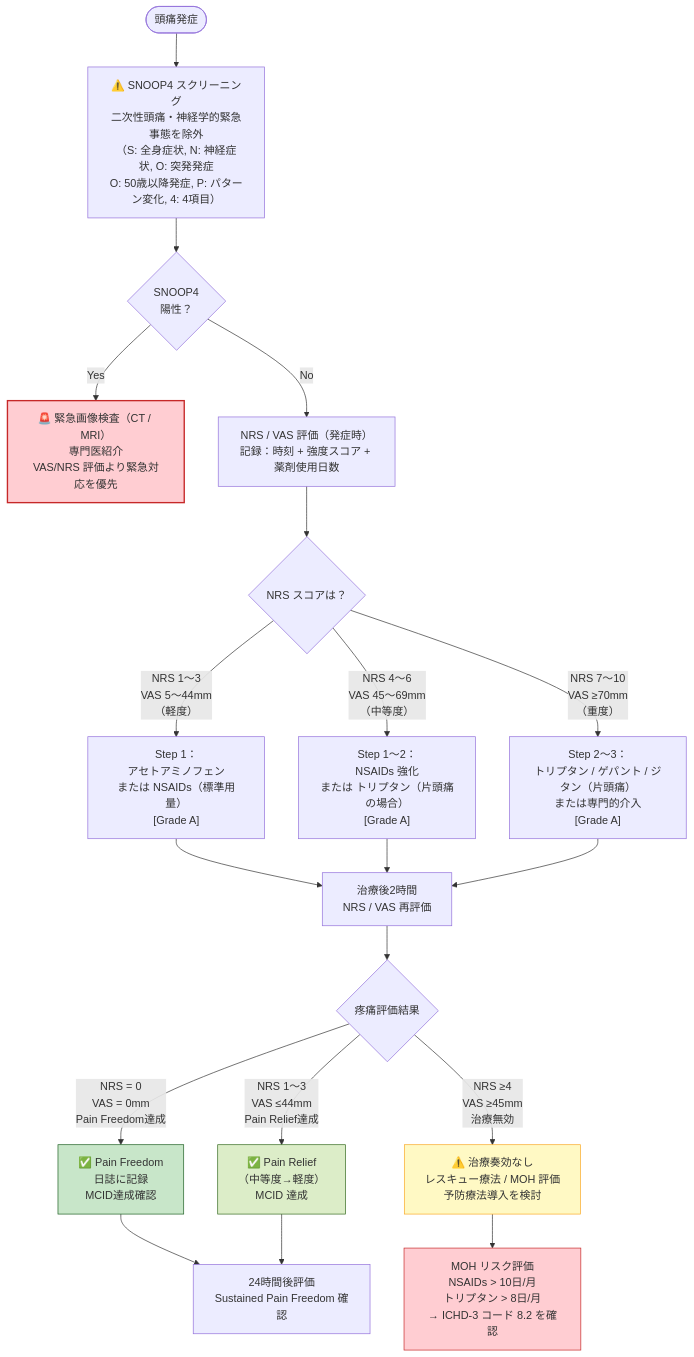
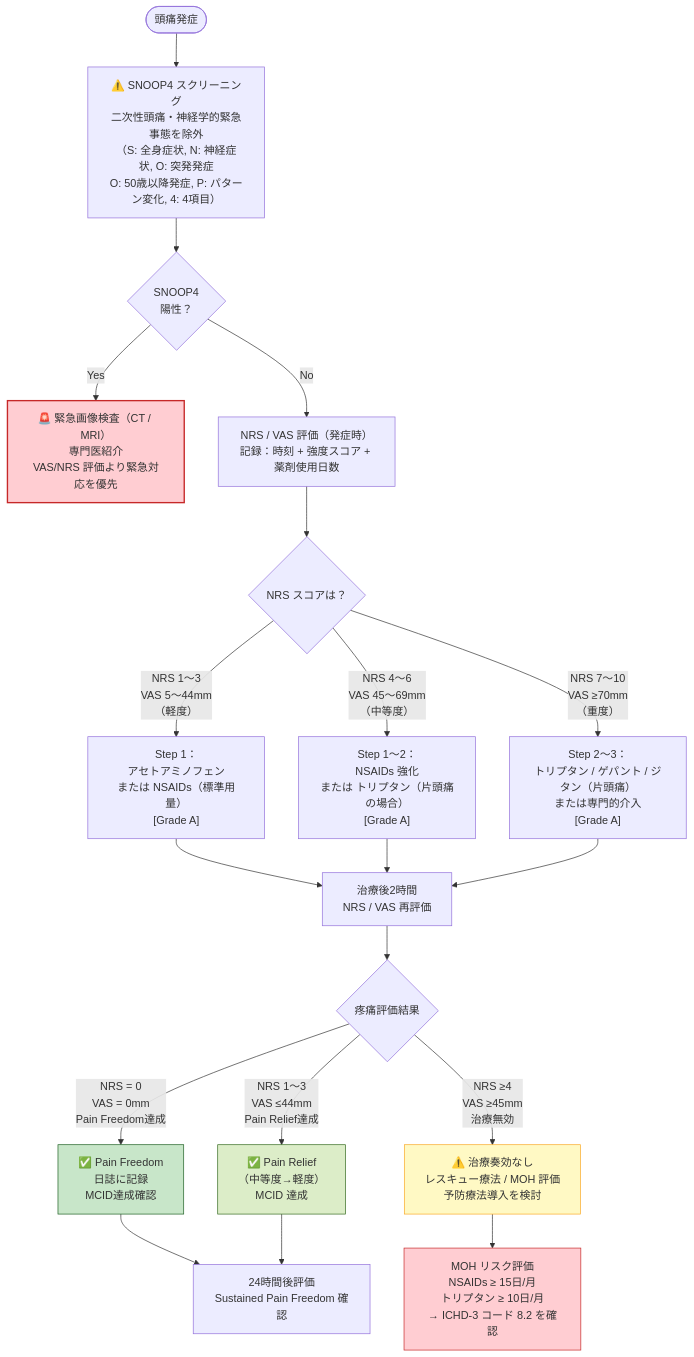
The sixth of 8 diagrams in Types-of-headache/md-files/Patient-Reported-Outcome-Measures/Numerical-Rating-Scale-Visual-Analogue-Scale.md (myoshi2891/Medical-Studies), drawn with Mermaid before and after one commit. The commit also changed other lines of this file and 7 other files, not shown here.

Commit message:
docs(Types-of-headache): MOH 過用日数閾値を ICHD-3 標準に統一（md 8ファイル）

````diff
--- a/Types-of-headache/md-files/Patient-Reported-Outcome-Measures/Numerical-Rating-Scale-Visual-Analogue-Scale.md
+++ b/Types-of-headache/md-files/Patient-Reported-Outcome-Measures/Numerical-Rating-Scale-Visual-Analogue-Scale.md
@@ -451,27 +451,27 @@
 ```mermaid
 flowchart TD
     A(["頭痛発症"]) --> B["⚠️ SNOOP4 スクリーニング<br>二次性頭痛・神経学的緊急事態を除外<br>（S: 全身症状, N: 神経症状, O: 突発発症<br>O: 50歳以降発症, P: パターン変化, 4: 4項目）"]
     B --> C{"SNOOP4<br>陽性？"}
     C -->|"Yes"| D["🚨 緊急画像検査（CT / MRI）<br>専門医紹介<br>VAS/NRS 評価より緊急対応を優先"]
     C -->|"No"| E["NRS / VAS 評価（発症時）<br>記録：時刻 + 強度スコア + 薬剤使用日数"]
     E --> F{"NRS スコアは？"}
     F -->|"NRS 1〜3<br>VAS 5〜44mm<br>（軽度）"| G["Step 1：<br>アセトアミノフェン<br>または NSAIDs（標準用量）<br>[Grade A]"]
     F -->|"NRS 4〜6<br>VAS 45〜69mm<br>（中等度）"| H["Step 1〜2：<br>NSAIDs 強化<br>または トリプタン（片頭痛の場合）<br>[Grade A]"]
     F -->|"NRS 7〜10<br>VAS ≥70mm<br>（重度）"| I["Step 2〜3：<br>トリプタン / ゲパント / ジタン（片頭痛）<br>または専門的介入<br>[Grade A]"]
     G --> J["治療後2時間<br>NRS / VAS 再評価"]
     H --> J
     I --> J
     J --> K{"疼痛評価結果"}
     K -->|"NRS = 0<br>VAS = 0mm<br>Pain Freedom達成"| L["✅ Pain Freedom<br>日誌に記録<br>MCID達成確認"]
     K -->|"NRS 1〜3<br>VAS ≤44mm<br>Pain Relief達成"| M["✅ Pain Relief<br>（中等度→軽度）<br>MCID 達成"]
     K -->|"NRS ≥4<br>VAS ≥45mm<br>治療無効"| N["⚠️ 治療奏効なし<br>レスキュー療法 / MOH 評価<br>予防療法導入を検討"]
     L --> O["24時間後評価<br>Sustained Pain Freedom 確認"]
     M --> O
-    N --> P["MOH リスク評価<br>NSAIDs > 10日/月<br>トリプタン > 8日/月<br>→ ICHD-3 コード 8.2 を確認"]
+    N --> P["MOH リスク評価<br>NSAIDs ≥ 15日/月<br>トリプタン ≥ 10日/月<br>→ ICHD-3 コード 8.2 を確認"]
 
     style D fill:#ffcdd2,stroke:#C62828,stroke-width:2px
     style L fill:#c8e6c9,stroke:#1B5E20
     style M fill:#dcedc8,stroke:#33691E
     style N fill:#fff9c4,stroke:#F9A825
     style P fill:#ffcdd2,stroke:#C62828
 ```
````
